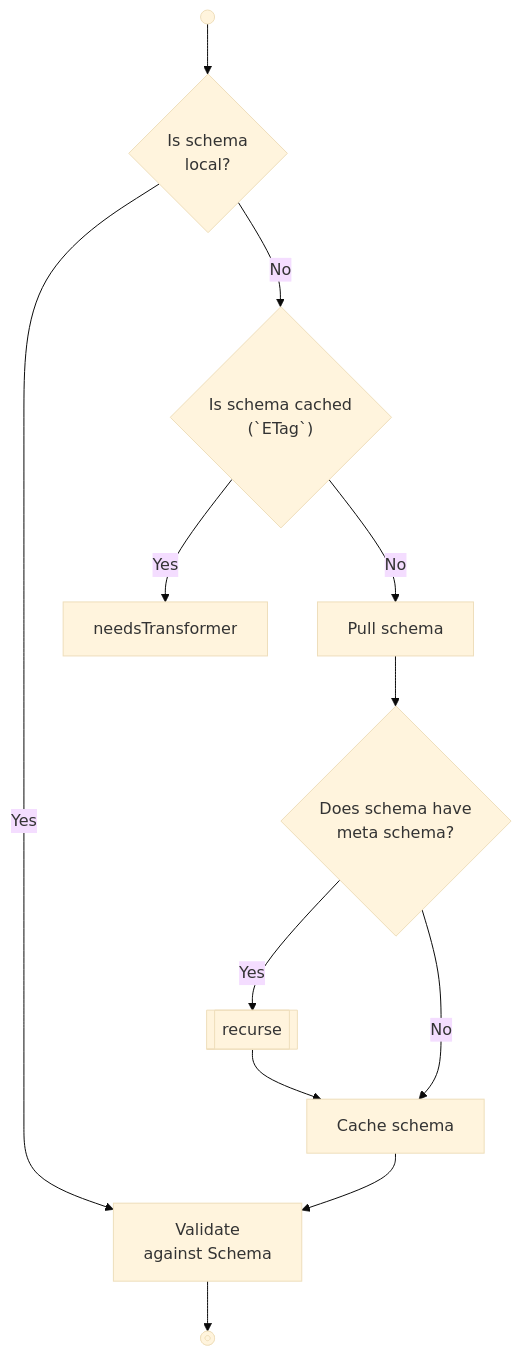
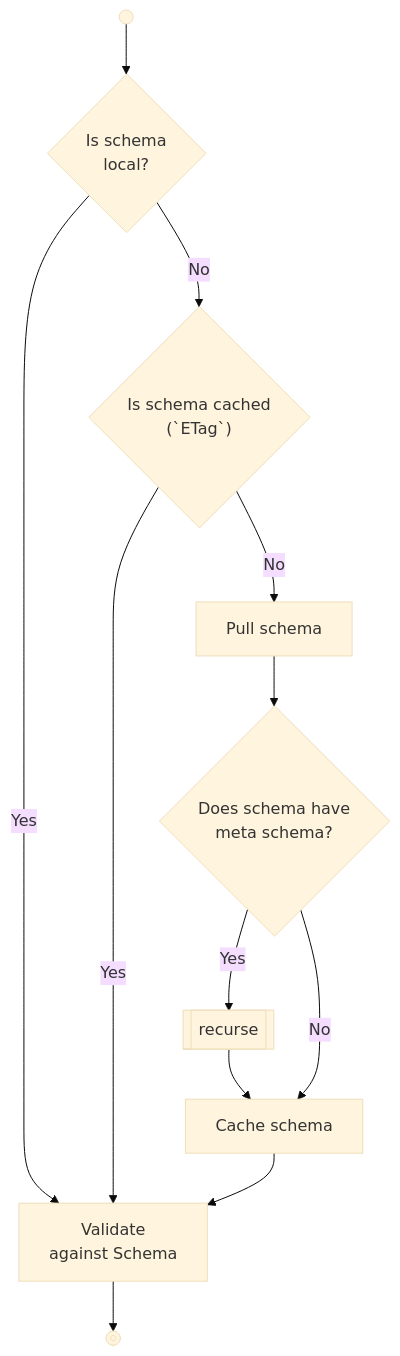
One commit to zitadel/nextgen changed the diagram in docs/design/schema-engine/validation.md. Above: the diagram before and after it, drawn with Mermaid (base theme).

````diff
--- a/docs/design/schema-engine/validation.md
+++ b/docs/design/schema-engine/validation.md
@@ -5,25 +5,25 @@
 ```mermaid
 flowchart TD
     isSchemaLocal@{             shape: decision,   label: "Is schema\nlocal?" }
     isSchemaCached@{            shape: decision,   label: "Is schema cached\n(`ETag`)" }
     pullSchema@{                shape: process,    label: "Pull schema" }    
     cacheSchema@{               shape: process,    label: "Cache schema" }
     doesSchemaHaveMetaSchema@{  shape: decision,   label: "Does schema have\nmeta schema?" }
     recurse@{                   shape: subprocess, label: "recurse"}
     validateObject@{            shape: process,    label: "Validate\nagainst Schema" }
     ok@{                        shape: stop }
 
     start@{shape: start} --> isSchemaLocal
 
     isSchemaLocal -- Yes --> validateObject
     isSchemaLocal -- No  --> isSchemaCached
 
-    isSchemaCached -- Yes --> needsTransformer
+    isSchemaCached -- Yes --> validateObject
     isSchemaCached -- No  --> pullSchema --> doesSchemaHaveMetaSchema
     
     doesSchemaHaveMetaSchema -- Yes --> recurse --> cacheSchema
     doesSchemaHaveMetaSchema -- No --> cacheSchema 
 
     cacheSchema --> validateObject
     validateObject --> ok
 ```
````
